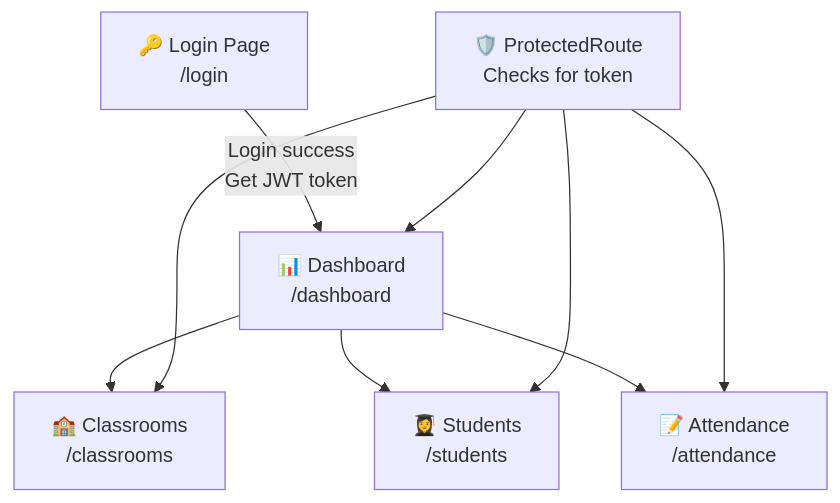
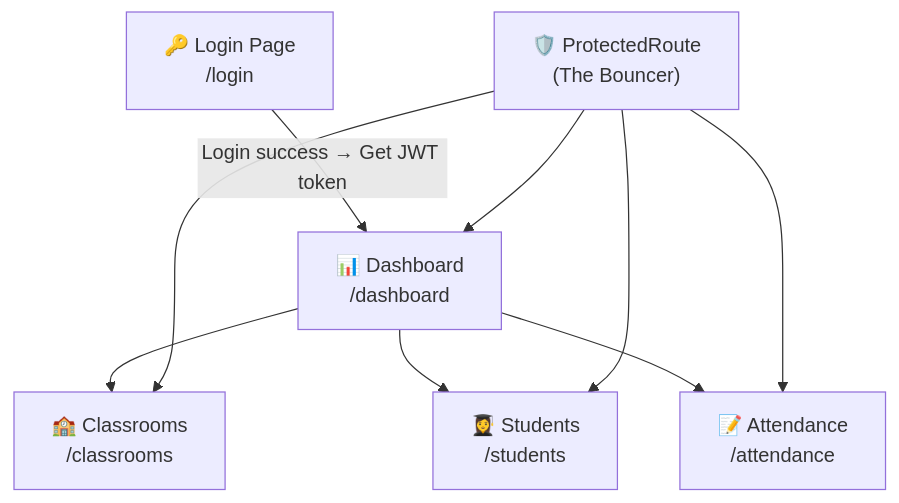
Before and after one commit to Nimsika-Bosilu/designHer_2.0-Student-Attendance-Management-System: the first of 10 diagrams in frontend/README.md, drawn with Mermaid. The commit also changed other lines of this file, not shown here.

````diff
--- a/frontend/README.md
+++ b/frontend/README.md
@@ -10,11 +13,11 @@
 ```mermaid
 flowchart TD
-    A["🔑 Login Page\n/login"] -->|"Login success\nGet JWT token"| B["📊 Dashboard\n/dashboard"]
+    A["🔑 Login Page\n/login"] -->|"Login success → Get JWT token"| B["📊 Dashboard\n/dashboard"]
     B --> C["🏫 Classrooms\n/classrooms"]
     B --> D["👩‍🎓 Students\n/students"]
     B --> E["📝 Attendance\n/attendance"]
-    F["🛡️ ProtectedRoute\nChecks for token"] --> B
+    F["🛡️ ProtectedRoute\n(The Bouncer)"] --> B
     F --> C
     F --> D
     F --> E
 ```
````
